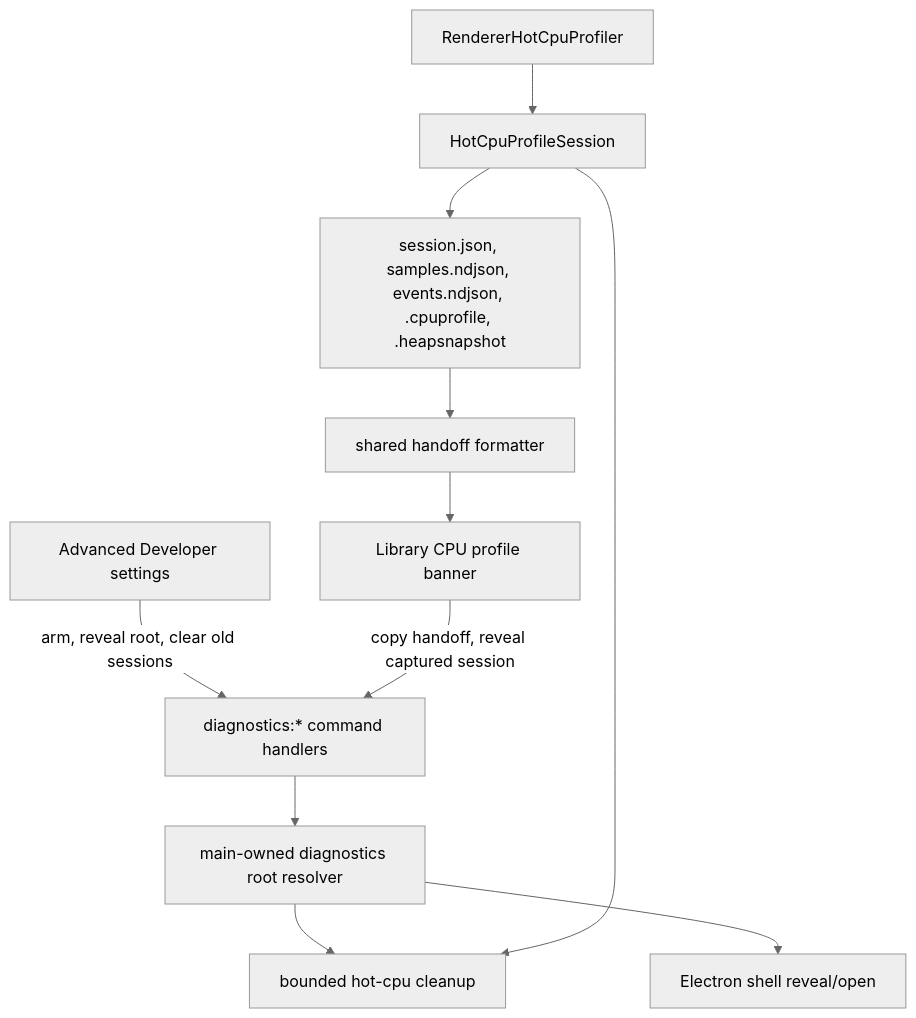
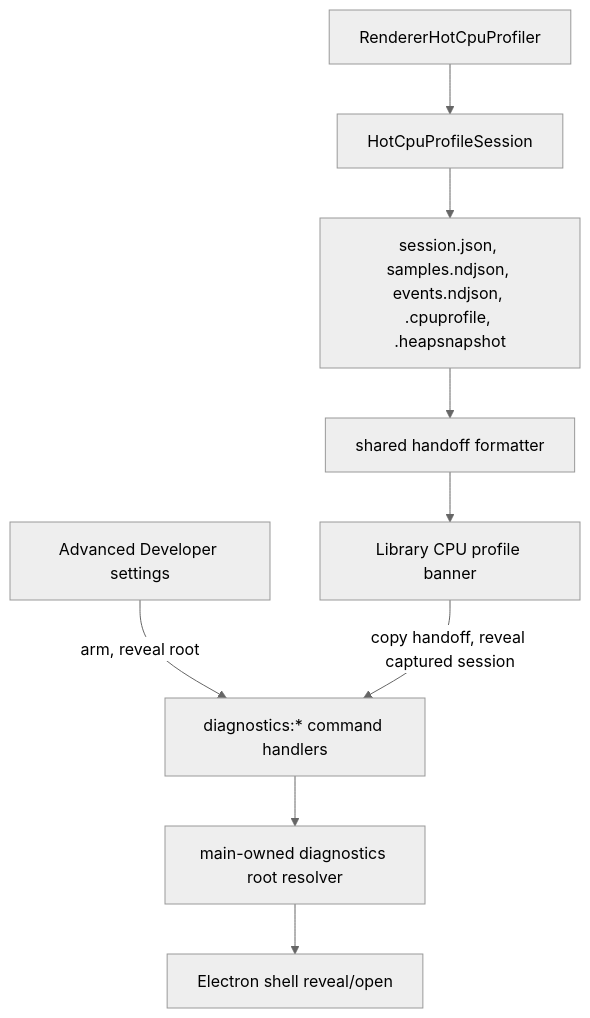
The diagram in docs/plans/2026-07-05-001-feat-developer-diagnostics-followup-plan.md (pwrdrvr/PwrSnap), drawn with Mermaid (neutral theme) before and after one commit. The commit also changed other lines of this file and 13 other files, not shown here.

````diff
--- a/docs/plans/2026-07-05-001-feat-developer-diagnostics-followup-plan.md
+++ b/docs/plans/2026-07-05-001-feat-developer-diagnostics-followup-plan.md
@@ -83,13 +83,11 @@
 ```mermaid
 flowchart TB
-  Settings[Advanced Developer settings] -->|arm, reveal root, clear old sessions| DiagnosticsCommands[diagnostics:* command handlers]
+  Settings[Advanced Developer settings] -->|arm, reveal root| DiagnosticsCommands[diagnostics:* command handlers]
   Banner[Library CPU profile banner] -->|copy handoff, reveal captured session| DiagnosticsCommands
   DiagnosticsCommands --> RootResolver[main-owned diagnostics root resolver]
   RootResolver --> Finder[Electron shell reveal/open]
-  RootResolver --> Cleanup[bounded hot-cpu cleanup]
   Profiler[RendererHotCpuProfiler] --> Session[HotCpuProfileSession]
-  Session --> Cleanup
   Session --> Artifacts[session.json, samples.ndjson, events.ndjson, .cpuprofile, .heapsnapshot]
   Artifacts --> Handoff[shared handoff formatter]
   Handoff --> Banner
 ```
````
